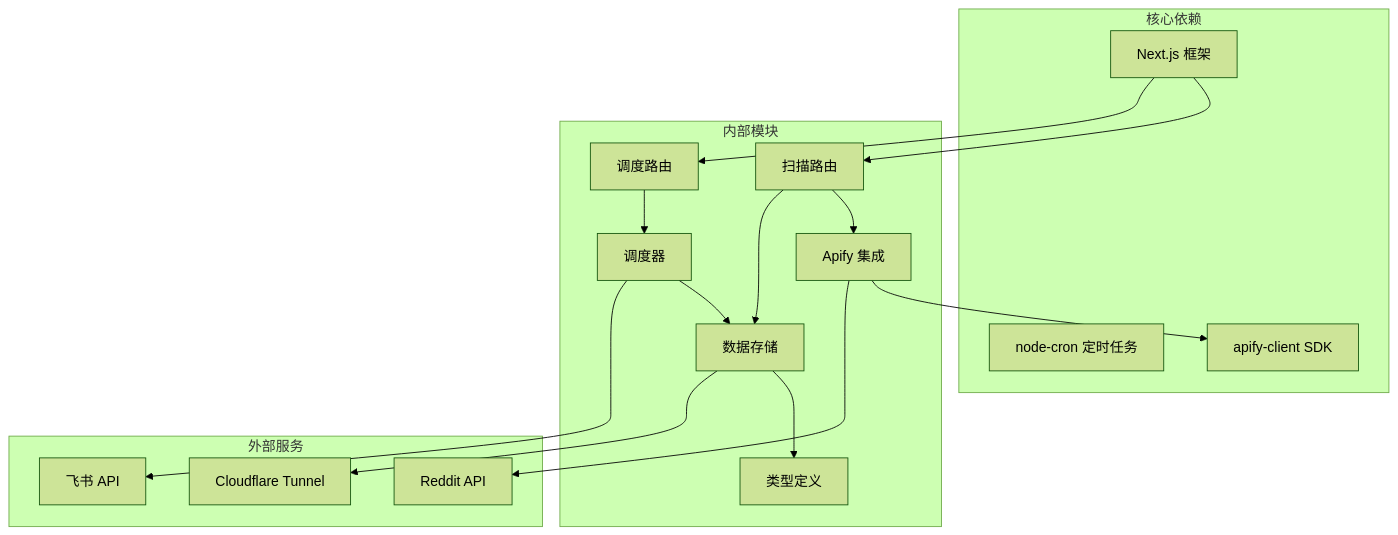
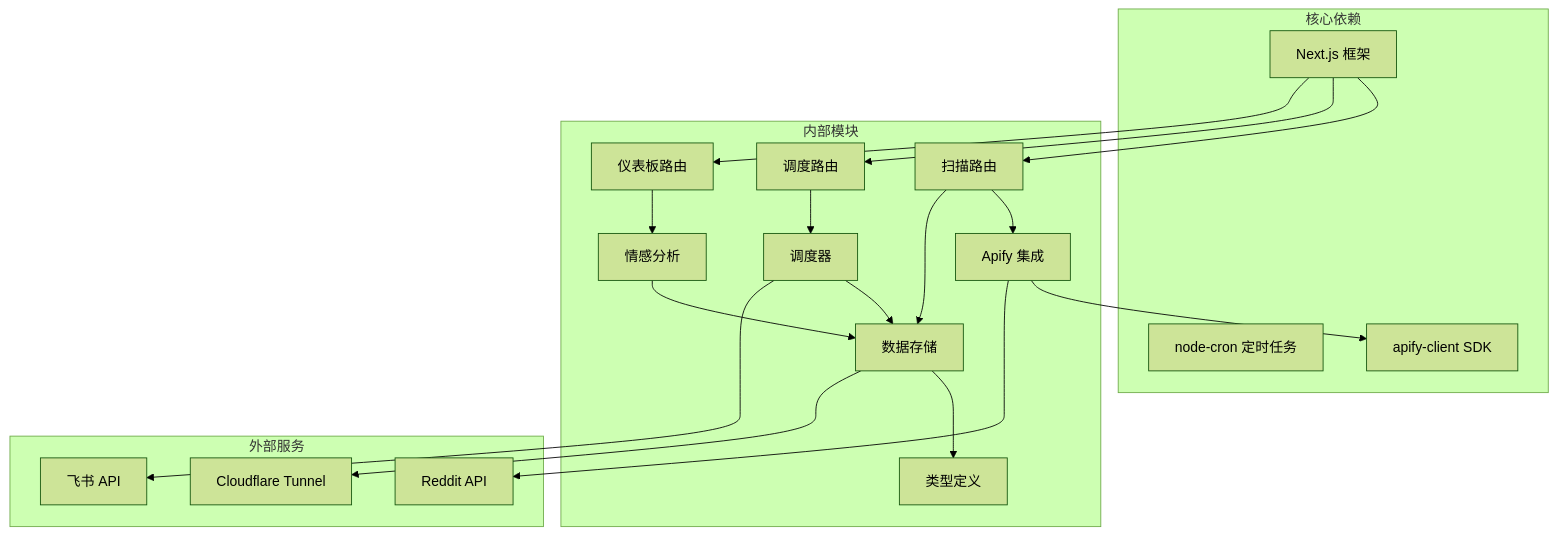
Before and after one commit to zezzezzez/reddit: diagram 11 of 12 in .qoder/repowiki/zh/content/API 接口文档/扫描控制 API.md, drawn with Mermaid (forest theme). The commit also changed other lines of this file and 21 other files, not shown here.

````diff
--- a/.qoder/repowiki/zh/content/API 接口文档/扫描控制 API.md
+++ b/.qoder/repowiki/zh/content/API 接口文档/扫描控制 API.md
@@ -426,32 +529,37 @@
 ```mermaid
 graph TB
 subgraph "核心依赖"
 NextJS[Next.js 框架]
 NodeCron[node-cron 定时任务]
 ApifyClient[apify-client SDK]
 end
 subgraph "内部模块"
 ScanRoute[扫描路由]
 ScheduleRoute[调度路由]
+DashboardRoute[仪表板路由]
 ApifyLib[Apify 集成]
 StoreLib[数据存储]
 SchedulerLib[调度器]
 TypesLib[类型定义]
+SentimentLib[情感分析]
 end
 subgraph "外部服务"
 RedditAPI[Reddit API]
 FeishuAPI[飞书 API]
 Cloudflare[Cloudflare Tunnel]
 end
 NextJS --> ScanRoute
 NextJS --> ScheduleRoute
+NextJS --> DashboardRoute
 ScanRoute --> ApifyLib
 ScanRoute --> StoreLib
 ScheduleRoute --> SchedulerLib
+DashboardRoute --> SentimentLib
 SchedulerLib --> StoreLib
 ApifyLib --> ApifyClient
 ApifyLib --> RedditAPI
 SchedulerLib --> FeishuAPI
 StoreLib --> TypesLib
 StoreLib --> Cloudflare
+SentimentLib --> StoreLib
 ```
````
